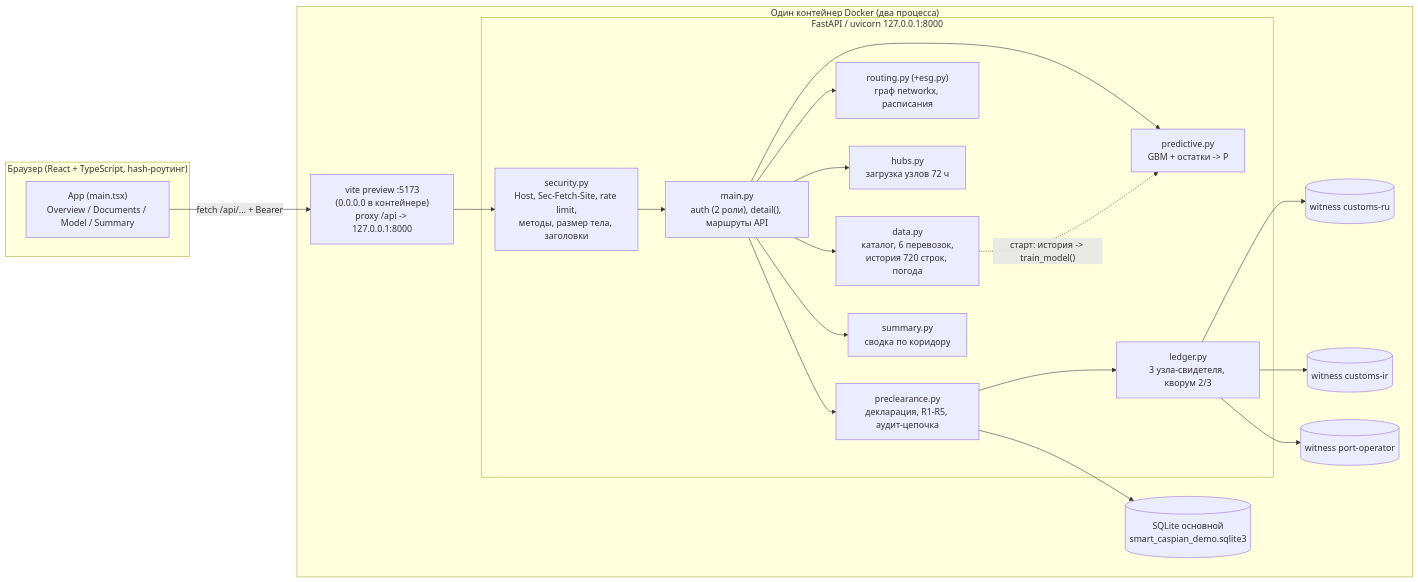
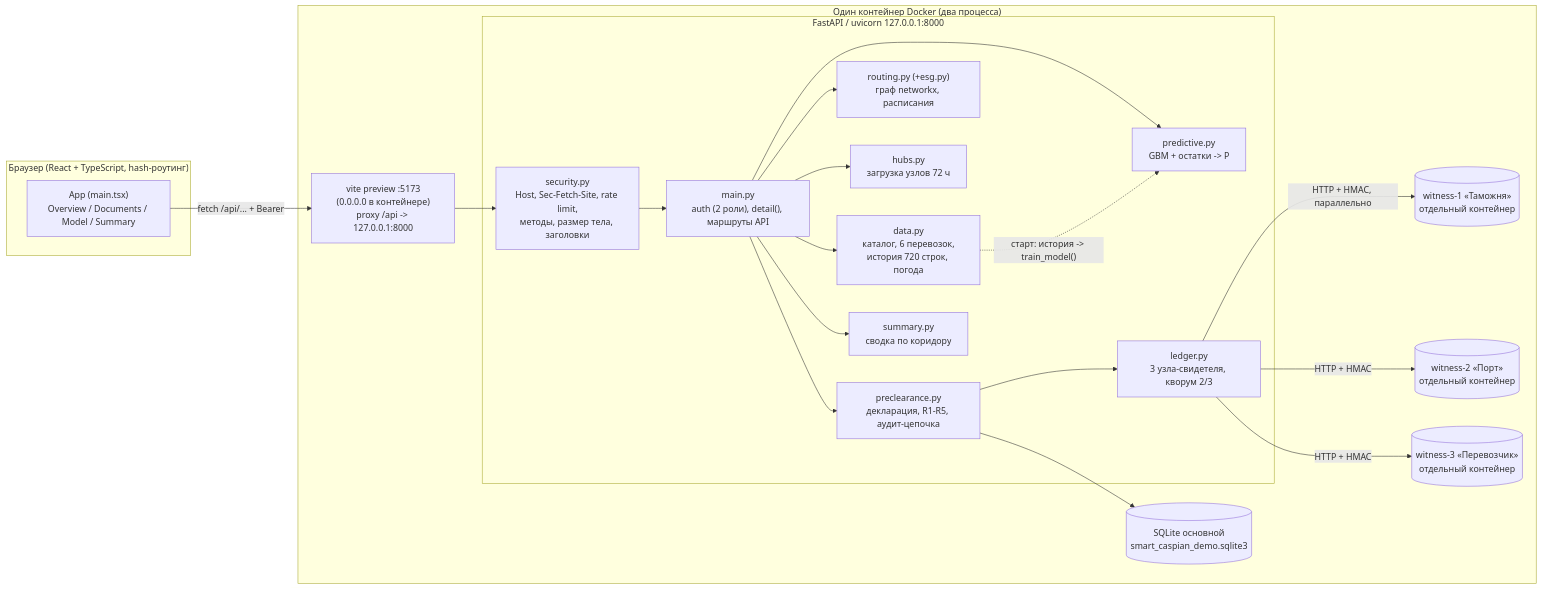
One commit to ZAEVv/hackathon-cicada changed the first of 3 diagrams in docs/PROJECT_GUIDE_RU.md. Above: the diagram before and after it, drawn with Mermaid. The commit also changed other lines of this file and 18 other files, not shown here.

````diff
--- a/docs/PROJECT_GUIDE_RU.md
+++ b/docs/PROJECT_GUIDE_RU.md
@@ -18,36 +18,36 @@
 ```mermaid
 flowchart LR
   subgraph Browser["Браузер (React + TypeScript, hash-роутинг)"]
     UI["App (main.tsx)\nOverview / Documents / Model / Summary"]
   end
   subgraph Container["Один контейнер Docker (два процесса)"]
     Vite["vite preview :5173\n(0.0.0.0 в контейнере)\nproxy /api -> 127.0.0.1:8000"]
     subgraph API["FastAPI / uvicorn 127.0.0.1:8000"]
       SEC["security.py\nHost, Sec-Fetch-Site, rate limit,\nметоды, размер тела, заголовки"]
       MAIN["main.py\nauth (2 роли), detail(), маршруты API"]
       DATA["data.py\nкаталог, 6 перевозок,\nистория 720 строк, погода"]
       PRED["predictive.py\nGBM + остатки -> P"]
       ROUT["routing.py (+esg.py)\nграф networkx, расписания"]
       HUBS["hubs.py\nзагрузка узлов 72 ч"]
       PRE["preclearance.py\nдекларация, R1-R5, аудит-цепочка"]
       LED["ledger.py\n3 узла-свидетеля, кворум 2/3"]
       SUM["summary.py\nсводка по коридору"]
     end
     DB[("SQLite основной\nsmart_caspian_demo.sqlite3")]
-    W1[("witness customs-ru")]
-    W2[("witness customs-ir")]
-    W3[("witness port-operator")]
+    W1[("witness-1 «Таможня»\nотдельный контейнер")]
+    W2[("witness-2 «Порт»\nотдельный контейнер")]
+    W3[("witness-3 «Перевозчик»\nотдельный контейнер")]
   end
   UI -->|"fetch /api/... + Bearer"| Vite --> SEC --> MAIN
   MAIN --> DATA
   MAIN --> PRED
   MAIN --> ROUT
   MAIN --> HUBS
   MAIN --> SUM
   MAIN --> PRE --> DB
   PRE --> LED
-  LED --> W1
-  LED --> W2
-  LED --> W3
+  LED -->|"HTTP + HMAC, параллельно"| W1
+  LED -->|"HTTP + HMAC"| W2
+  LED -->|"HTTP + HMAC"| W3
   DATA -. "старт: история -> train_model()" .-> PRED
 ```
````
